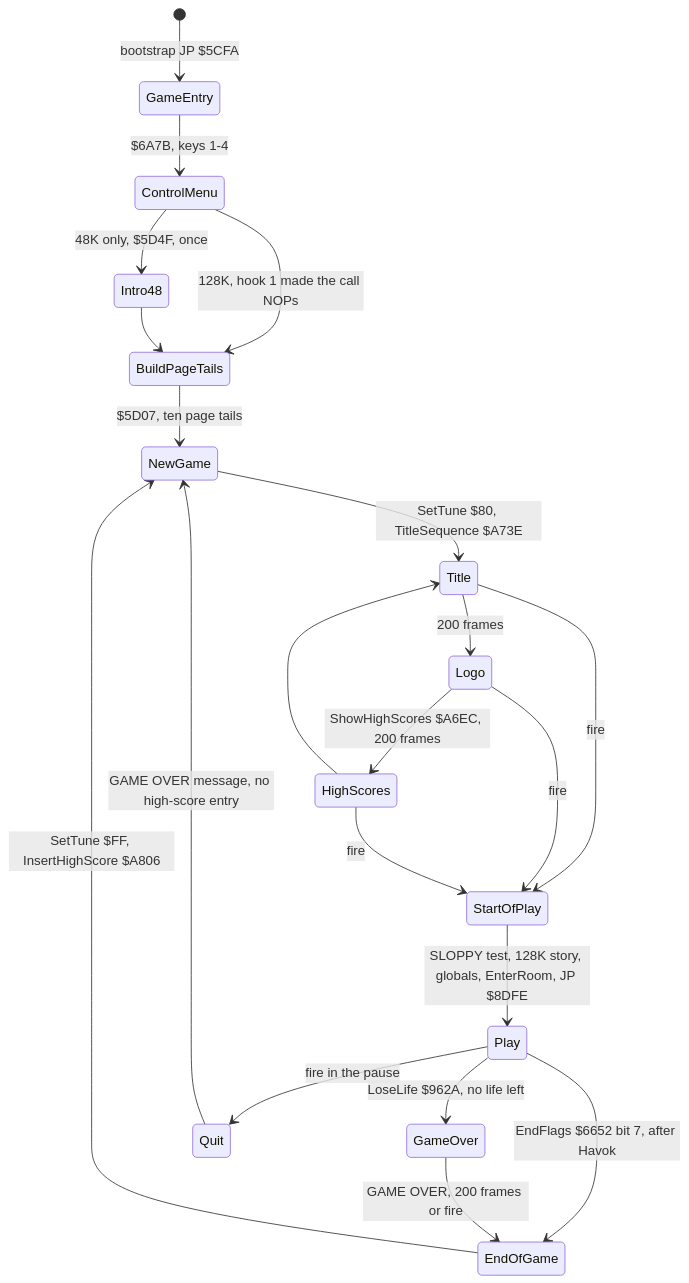
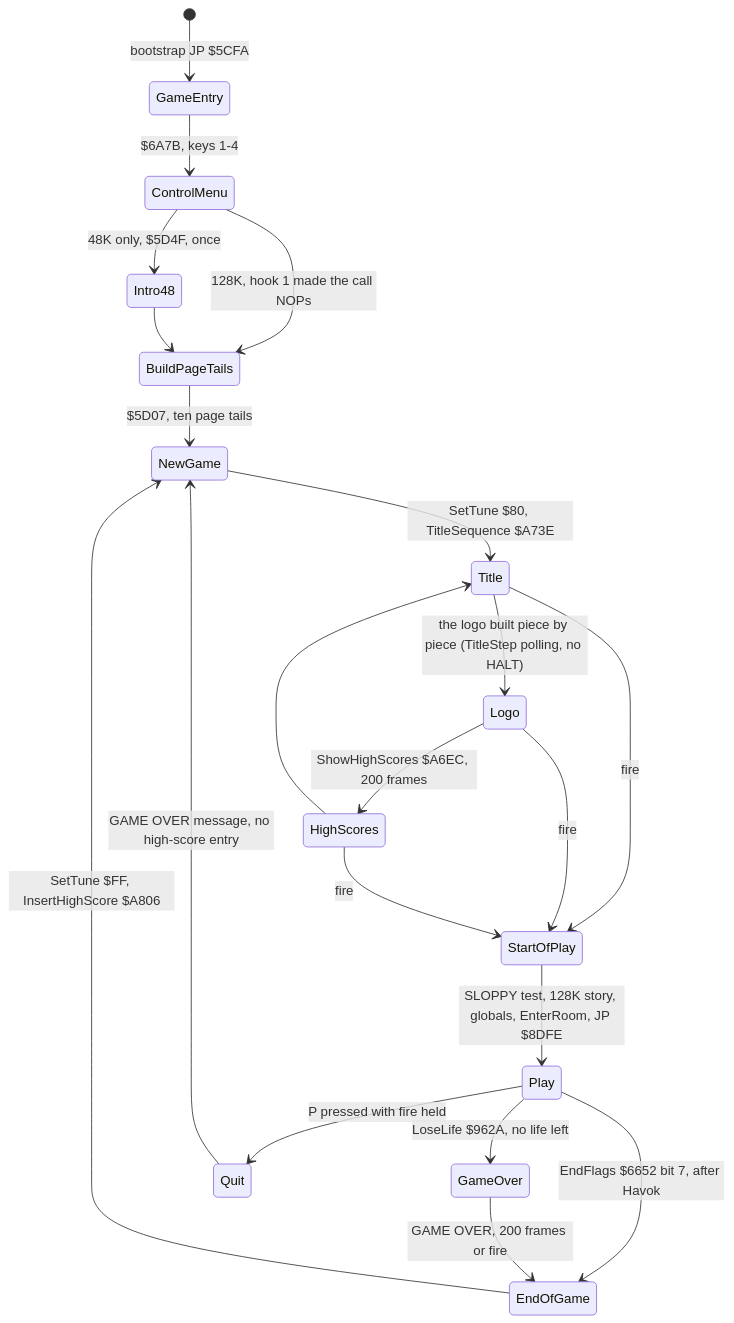
Before and after one commit to alfishe/unrealng-reverse-cases: the second of 10 diagrams in games/switchblade/docs/04-game-loop.md, drawn with Mermaid. The commit also changed other lines of this file and 47 other files, not shown here.

````diff
--- a/games/switchblade/docs/04-game-loop.md
+++ b/games/switchblade/docs/04-game-loop.md
@@ -72,23 +73,23 @@
 ```mermaid
 stateDiagram-v2
     [*] --> GameEntry: bootstrap JP $5CFA
     GameEntry --> ControlMenu: $6A7B, keys 1-4
     ControlMenu --> Intro48: 48K only, $5D4F, once
     ControlMenu --> BuildPageTails: 128K, hook 1 made the call NOPs
     Intro48 --> BuildPageTails
     BuildPageTails --> NewGame: $5D07, ten page tails
     NewGame --> Title: SetTune $80, TitleSequence $A73E
-    Title --> Logo: 200 frames
+    Title --> Logo: the logo built piece by piece (TitleStep polling, no HALT)
     Logo --> HighScores: ShowHighScores $A6EC, 200 frames
     HighScores --> Title
     Title --> StartOfPlay: fire
     Logo --> StartOfPlay: fire
     HighScores --> StartOfPlay: fire
     StartOfPlay --> Play: SLOPPY test, 128K story, globals, EnterRoom, JP $8DFE
     Play --> GameOver: LoseLife $962A, no life left
     Play --> EndOfGame: EndFlags $6652 bit 7, after Havok
-    Play --> Quit: fire in the pause
+    Play --> Quit: P pressed with fire held
     GameOver --> EndOfGame: GAME OVER, 200 frames or fire
     Quit --> NewGame: GAME OVER message, no high-score entry
     EndOfGame --> NewGame: SetTune $FF, InsertHighScore $A806
 ```
````
